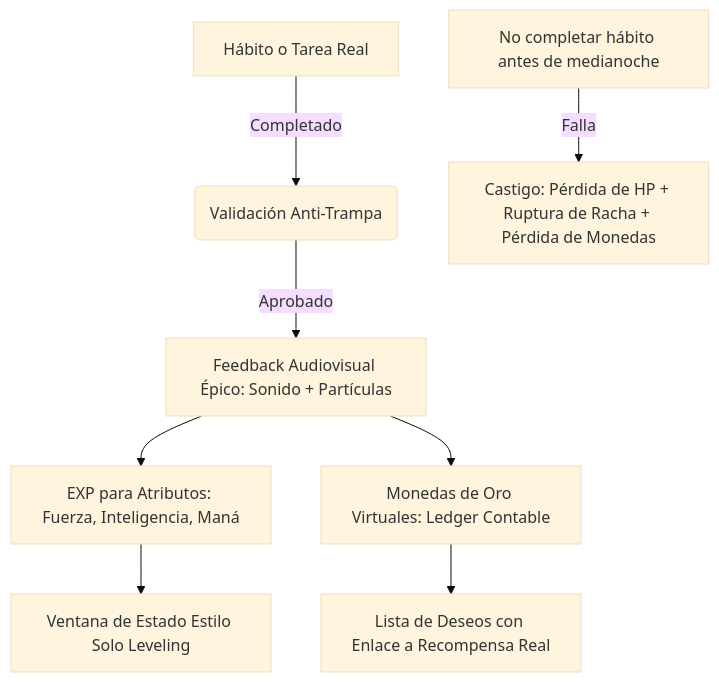
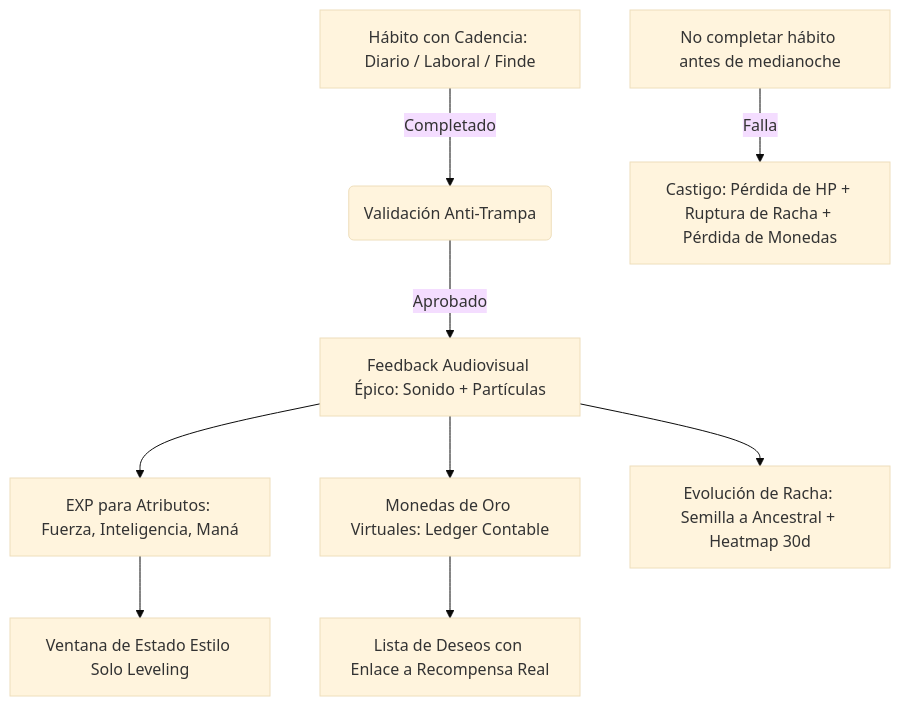
Before and after one commit to bvissani/Rastro-Habitos: the diagram in Ejemplos/03_analisis_repos_gamificacion.md, drawn with Mermaid (base theme). The commit also changed other lines of this file, not shown here.

````diff
--- a/Ejemplos/03_analisis_repos_gamificacion.md
+++ b/Ejemplos/03_analisis_repos_gamificacion.md
@@ -82,12 +111,13 @@
 ```mermaid
 graph TD
-    A[Hábito o Tarea Real] -->|Completado| B(Validación Anti-Trampa)
+    A[Hábito con Cadencia: Diario / Laboral / Finde] -->|Completado| B(Validación Anti-Trampa)
     B -->|Aprobado| C[Feedback Audiovisual Épico: Sonido + Partículas]
     C --> D[EXP para Atributos: Fuerza, Inteligencia, Maná]
     C --> E[Monedas de Oro Virtuales: Ledger Contable]
+    C --> F[Evolución de Racha: Semilla a Ancestral + Heatmap 30d]
     
-    D --> F[Ventana de Estado Estilo Solo Leveling]
-    E --> G[Lista de Deseos con Enlace a Recompensa Real]
+    D --> G[Ventana de Estado Estilo Solo Leveling]
+    E --> H[Lista de Deseos con Enlace a Recompensa Real]
     
-    H[No completar hábito antes de medianoche] -->|Falla| I[Castigo: Pérdida de HP + Ruptura de Racha + Pérdida de Monedas]
+    I[No completar hábito antes de medianoche] -->|Falla| J[Castigo: Pérdida de HP + Ruptura de Racha + Pérdida de Monedas]
 ```
````
